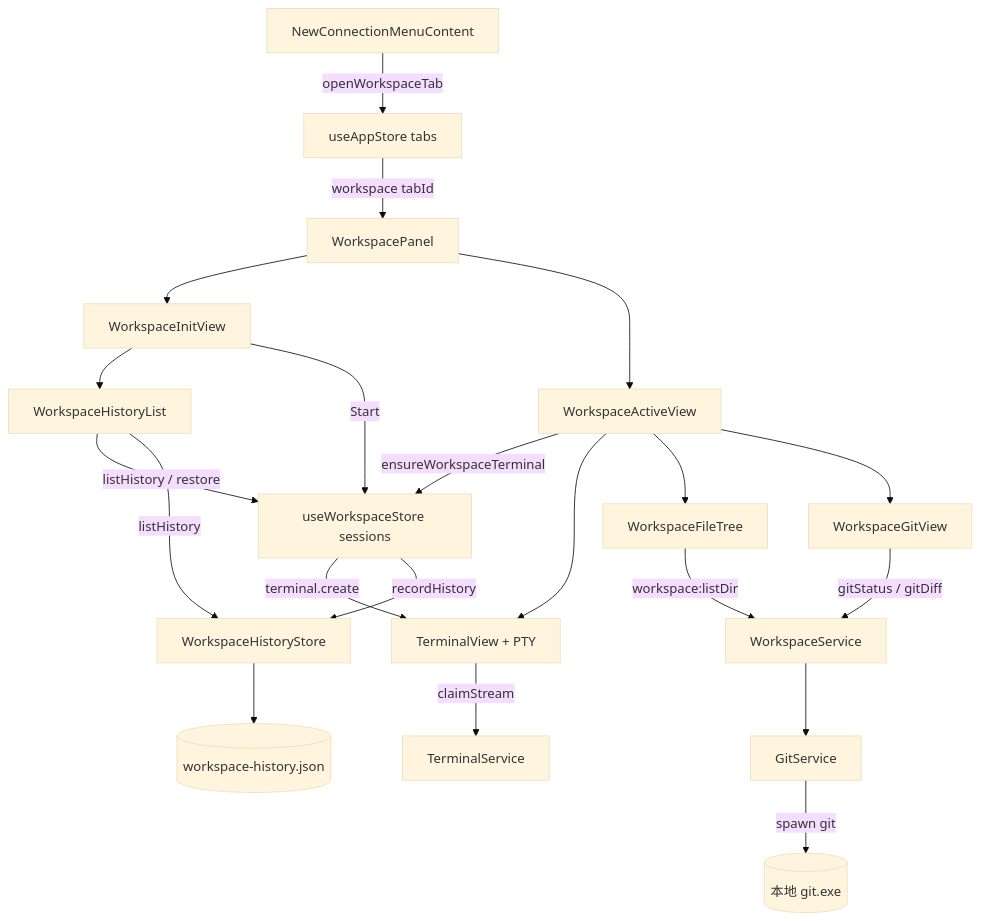
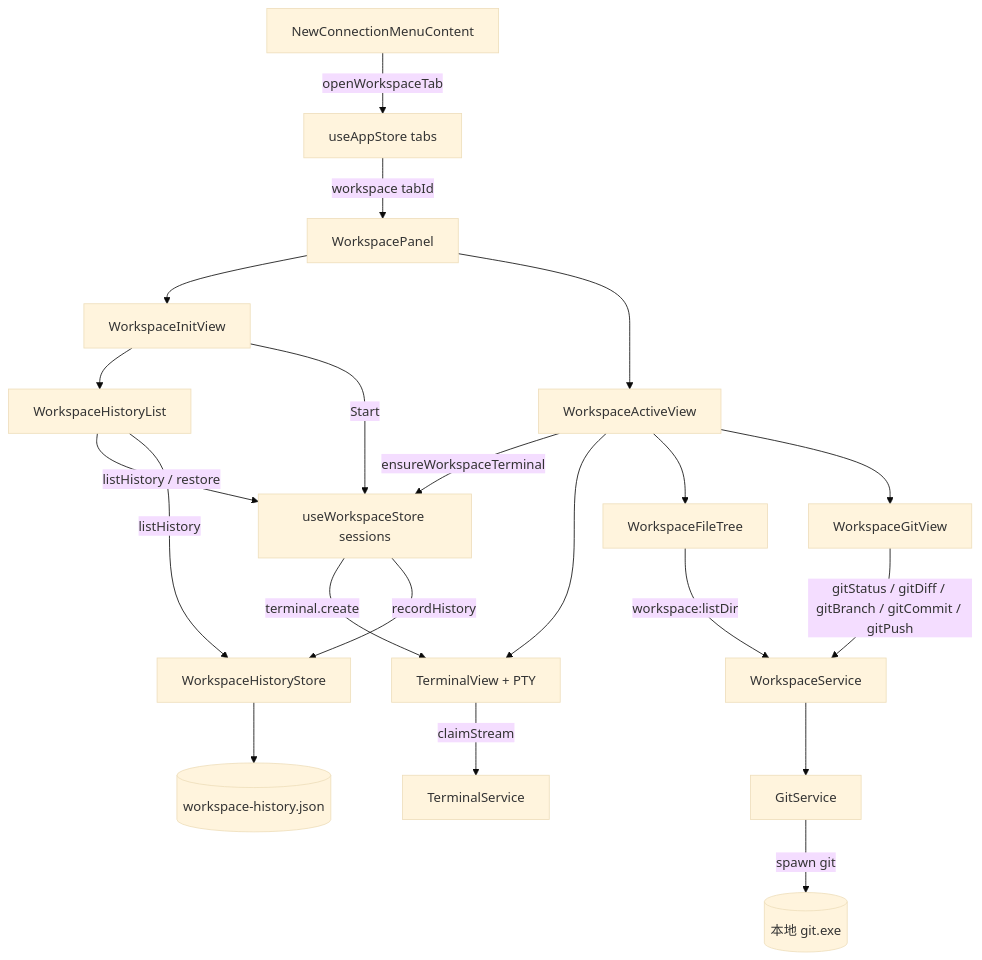
One commit to Landers1037/NioZy changed the first of 4 diagrams in docs/功能工作区.md. Above: the diagram before and after it, drawn with Mermaid (base theme). The commit also changed other lines of this file and 12 other files, not shown here.

````diff
--- a/docs/功能工作区.md
+++ b/docs/功能工作区.md
@@ -35,37 +38,37 @@
 ```mermaid
 flowchart TB
   ConnMenu["NewConnectionMenuContent"]
   AppStore["useAppStore tabs"]
   WsStore["useWorkspaceStore sessions"]
   Panel["WorkspacePanel"]
   Init["WorkspaceInitView"]
   History["WorkspaceHistoryList"]
   Active["WorkspaceActiveView"]
   Term["TerminalView + PTY"]
   Tree["WorkspaceFileTree"]
   GitView["WorkspaceGitView"]
   WsSvc["WorkspaceService"]
   HistStore["WorkspaceHistoryStore"]
   GitSvc["GitService"]
 
   ConnMenu -->|openWorkspaceTab| AppStore
   AppStore -->|workspace tabId| Panel
   Panel --> Init
   Init --> History
   History -->|listHistory / restore| WsStore
   Panel --> Active
   Init -->|Start| WsStore
   Active -->|ensureWorkspaceTerminal| WsStore
   WsStore -->|terminal.create| Term
   Active --> Term
   Active --> Tree
   Active --> GitView
   Tree -->|workspace:listDir| WsSvc
-  GitView -->|gitStatus / gitDiff| WsSvc
+  GitView -->|gitStatus / gitDiff / gitBranch / gitCommit / gitPush| WsSvc
   WsStore -->|recordHistory| HistStore
   History -->|listHistory| HistStore
   HistStore --> Disk[("workspace-history.json")]
   WsSvc --> GitSvc
   GitSvc -->|spawn git| OS[("本地 git.exe")]
   Term -->|claimStream| TermSvc["TerminalService"]
 ```
````
